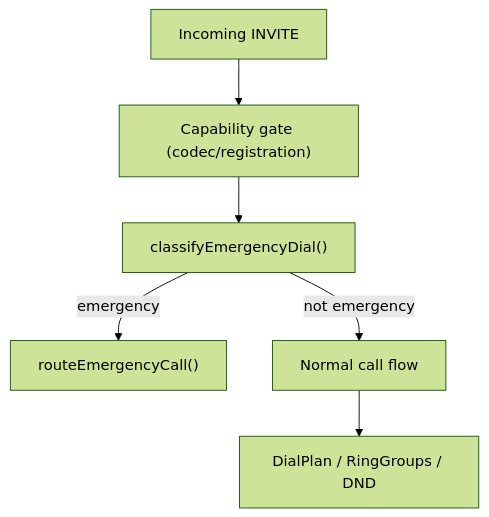
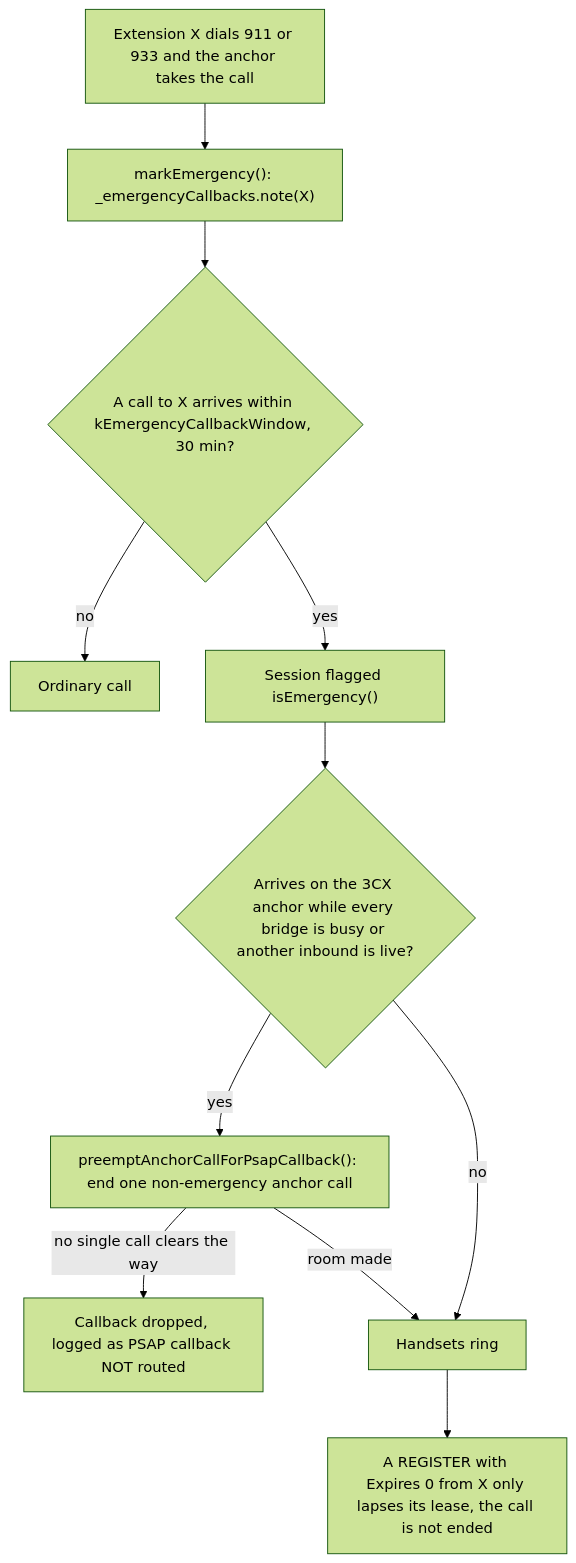
Before and after one commit to GlomarGadaffi/pocket-dial: the second of 3 diagrams in docs/AUDIT-LEGAL-E911-COMPLIANCE.md, drawn with Mermaid (forest theme). The commit also changed other lines of this file and 29 other files, not shown here.

First line of the commit message:
docs: make the Mermaid diagrams exact against main (#1105)

````diff
--- a/docs/AUDIT-LEGAL-E911-COMPLIANCE.md
+++ b/docs/AUDIT-LEGAL-E911-COMPLIANCE.md
@@ -45,8 +94,13 @@
 ```mermaid
 flowchart TD
-    A["Incoming INVITE"] --> B["Capability gate (codec/registration)"]
-    B --> C["classifyEmergencyDial()"]
-    C -- "emergency" --> D["routeEmergencyCall()"]
-    C -- "not emergency" --> E["Normal call flow"]
-    E --> F["DialPlan / RingGroups / DND"]
+    A["Extension X dials 911 or 933 and the anchor takes the call"] --> B["markEmergency(): _emergencyCallbacks.note(X)"]
+    B --> C{"A call to X arrives within kEmergencyCallbackWindow, 30 min?"}
+    C -- "no" --> D["Ordinary call"]
+    C -- "yes" --> E["Session flagged isEmergency()"]
+    E --> F{"Arrives on the 3CX anchor while every bridge is busy or another inbound is live?"}
+    F -- "yes" --> G["preemptAnchorCallForPsapCallback(): end one non-emergency anchor call"]
+    G -- "no single call clears the way" --> H["Callback dropped, logged as PSAP callback NOT routed"]
+    G -- "room made" --> I["Handsets ring"]
+    F -- "no" --> I
+    I --> J["A REGISTER with Expires 0 from X only lapses its lease, the call is not ended"]
 ```
````
